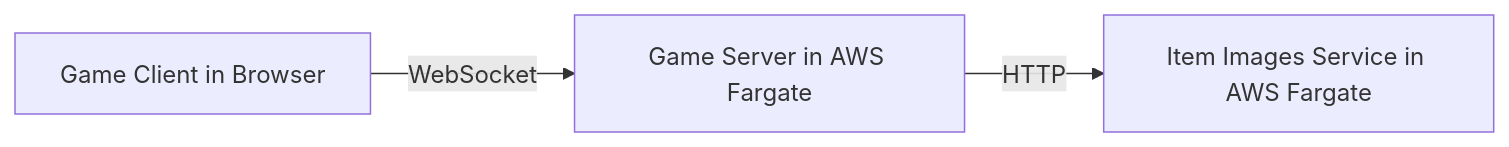
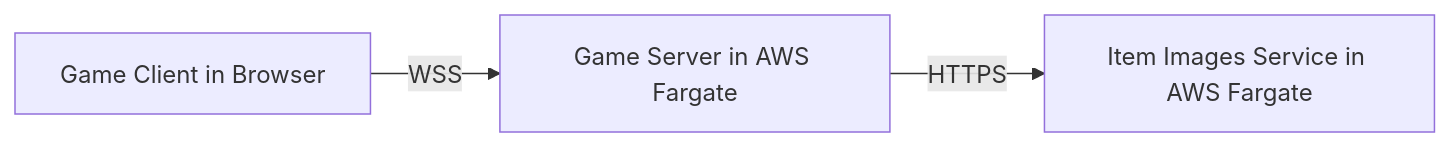
One commit to kirodotdev/spirit-of-kiro changed the first of 4 diagrams in docs/appsec-overview.md. Above: the diagram before and after it, drawn with Mermaid. The commit also changed other lines of this file and 6 other files, not shown here.

Commit message:
End to end HTTPS / WSS

````diff
--- a/docs/appsec-overview.md
+++ b/docs/appsec-overview.md
@@ -5,4 +5,4 @@
 ```mermaid
 graph LR
-    Client[Game Client in Browser] -->|WebSocket|Server[Game Server in AWS Fargate] -->|HTTP|Images[Item Images Service in AWS Fargate]
+    Client[Game Client in Browser] -->|WSS|Server[Game Server in AWS Fargate] -->|HTTPS|Images[Item Images Service in AWS Fargate]
 ```
````
